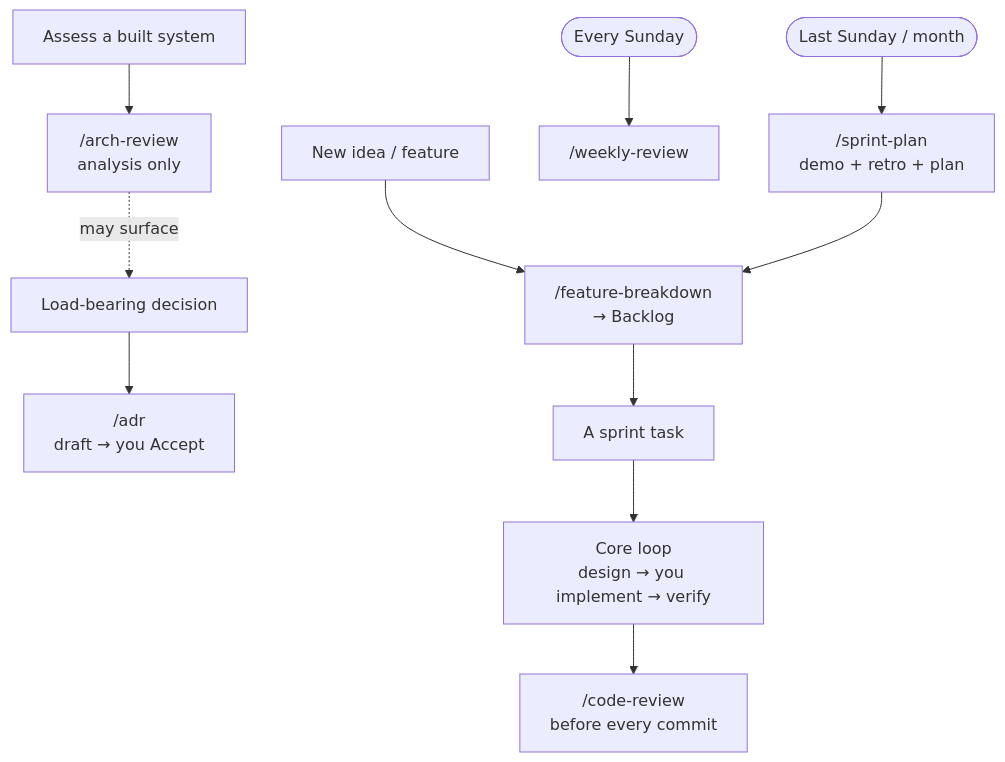
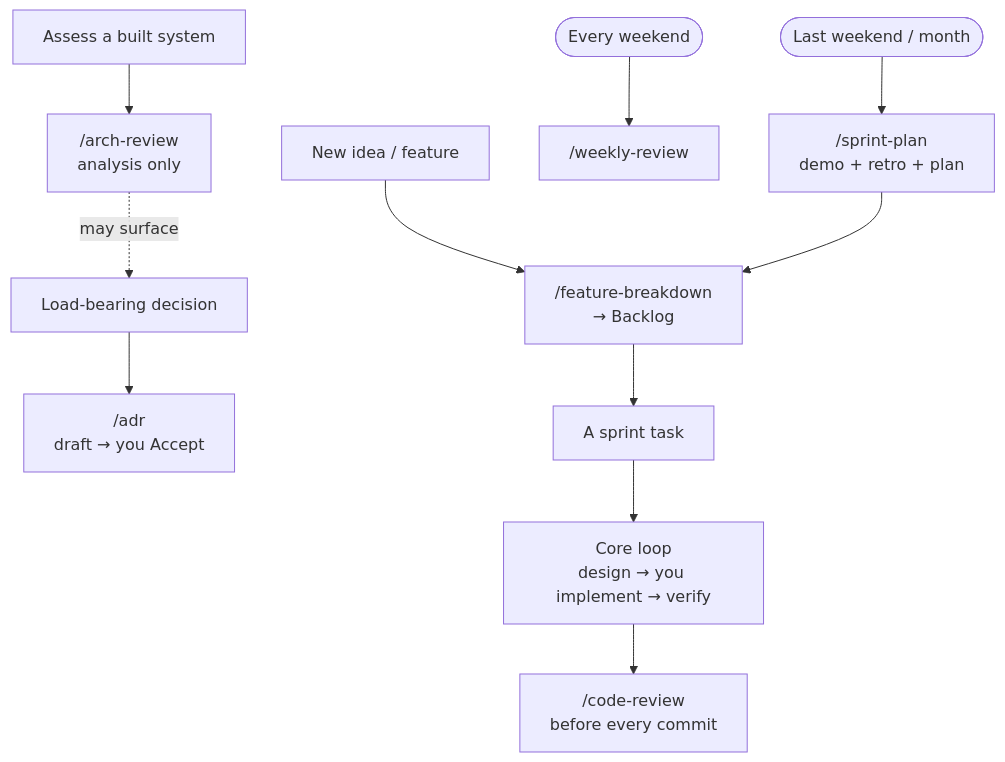
Before and after one commit to techattackteam/TechEngine: the diagram in docs/08 AI/Working with Claude — Operating Guide.md, drawn with Mermaid. The commit also changed other lines of this file and 38 other files, not shown here.

````diff
--- a/docs/08 AI/Working with Claude — Operating Guide.md
+++ b/docs/08 AI/Working with Claude — Operating Guide.md
@@ -85,13 +86,13 @@
 ```mermaid
 flowchart TD
   IDEA["New idea / feature"] --> FB["/feature-breakdown<br/>→ Backlog"]
   DEC["Load-bearing decision"] --> ADR["/adr<br/>draft → you Accept"]
   SYS["Assess a built system"] --> AR["/arch-review<br/>analysis only"]
   AR -. may surface .-> DEC
   FB --> TASK["A sprint task"]
   TASK --> LOOP["Core loop<br/>design → you implement → verify"]
   LOOP --> CR["/code-review<br/>before every commit"]
-  SUN(["Every Sunday"]) --> WR["/weekly-review"]
-  LSUN(["Last Sunday / month"]) --> SP["/sprint-plan<br/>demo + retro + plan"]
+  SUN(["Every weekend"]) --> WR["/weekly-review"]
+  LSUN(["Last weekend / month"]) --> SP["/sprint-plan<br/>demo + retro + plan"]
   SP --> FB
 ```
````
